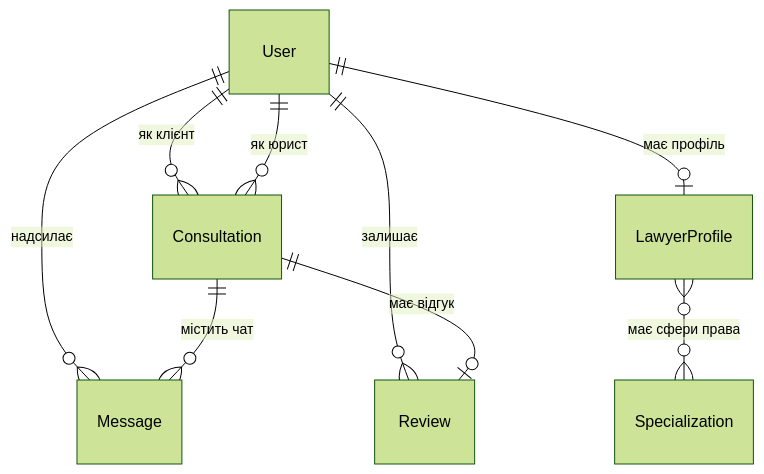
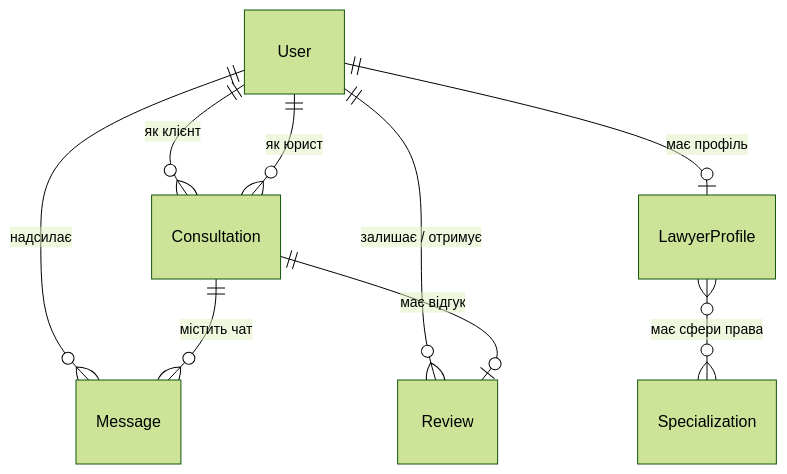
Before and after one commit to mishachernika/legal-consult-api: the diagram in README.md, drawn with Mermaid (forest theme). The commit also changed other lines of this file, not shown here.

````diff
--- a/README.md
+++ b/README.md
@@ -18,11 +25,11 @@
 ```mermaid
 erDiagram
     User ||--o{ Consultation : "як клієнт"
     User ||--o{ Consultation : "як юрист"
     User ||--o| LawyerProfile : "має профіль"
     User ||--o{ Message : "надсилає"
-    User ||--o{ Review : "залишає"
+    User ||--o{ Review : "залишає / отримує"
     LawyerProfile }o--o{ Specialization : "має сфери права"
     Consultation ||--o{ Message : "містить чат"
     Consultation ||--o| Review : "має відгук"
 ```
````
